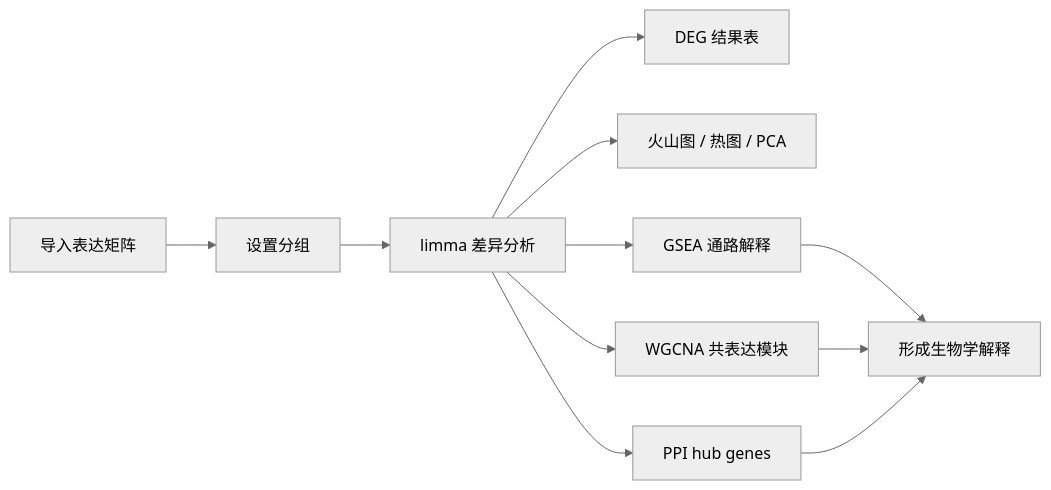
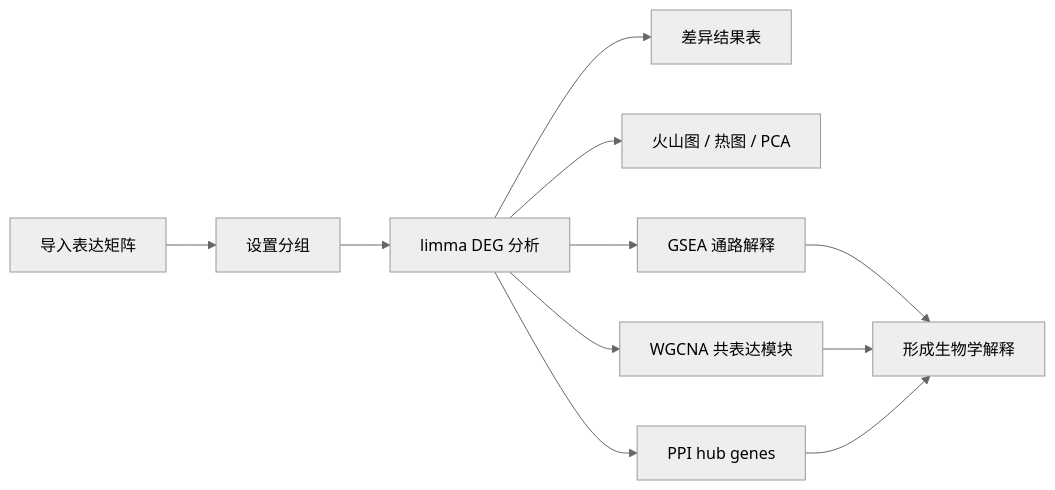
The diagram in README.md (HaPiJiucHi/bioinsight-oneclick), drawn with Mermaid (neutral theme) before and after one commit. The commit also changed other lines of this file and 18 other files, not shown here.

````diff
--- a/README.md
+++ b/README.md
@@ -33,13 +35,13 @@
 ```mermaid
 flowchart LR
   A["导入表达矩阵"] --> B["设置分组"]
-  B --> C["limma 差异分析"]
-  C --> D["DEG 结果表"]
+  B --> C["limma DEG 分析"]
+  C --> D["差异结果表"]
   C --> E["火山图 / 热图 / PCA"]
   C --> F["GSEA 通路解释"]
   C --> G["WGCNA 共表达模块"]
   C --> H["PPI hub genes"]
   F --> I["形成生物学解释"]
   G --> I
   H --> I
 ```
````
